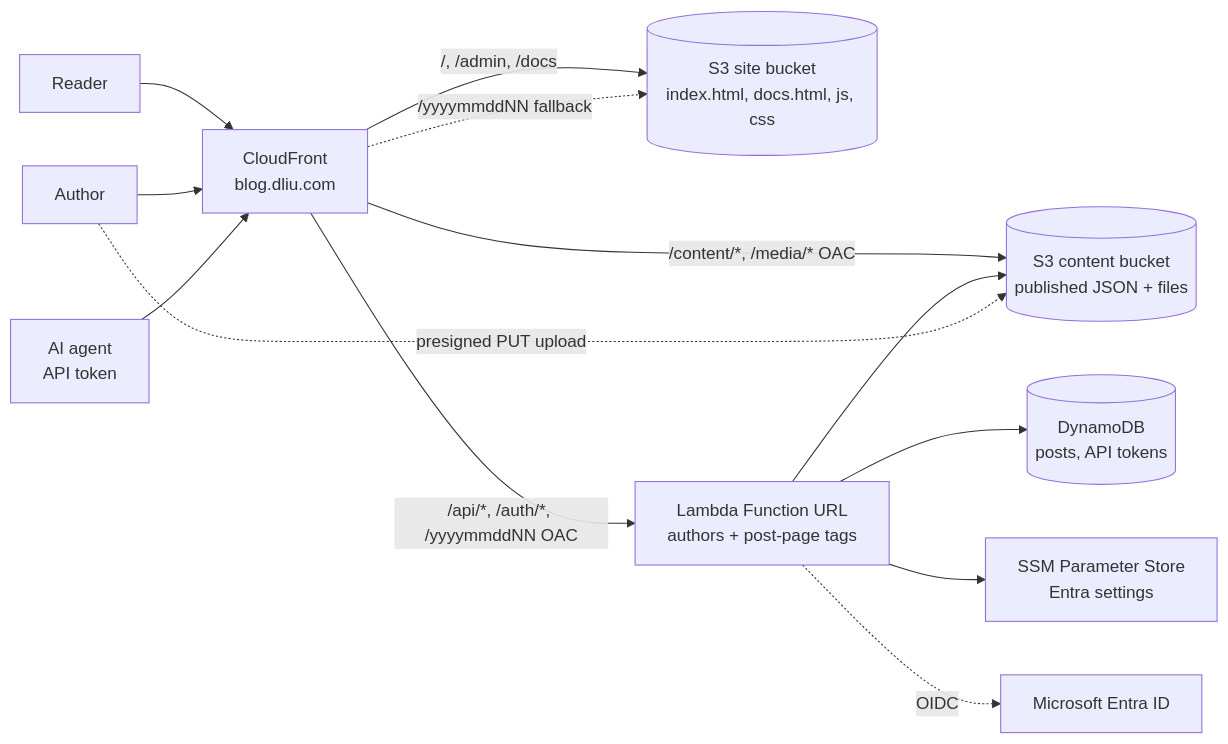
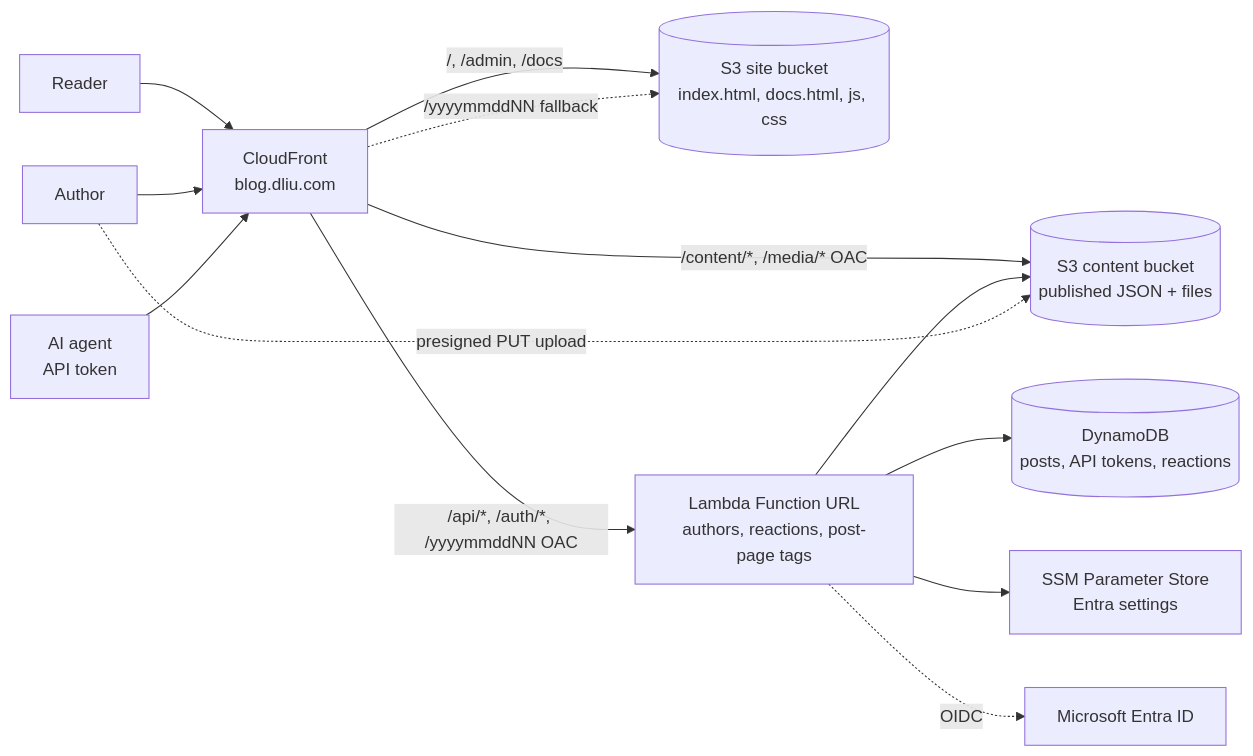
Before and after one commit to dliu-com/blog: the diagram in README.md, drawn with Mermaid. The commit also changed other lines of this file and 13 other files, not shown here.

````diff
--- a/README.md
+++ b/README.md
@@ -14,15 +14,15 @@
 ```mermaid
 flowchart LR
   R[Reader] --> CF[CloudFront<br/>blog.dliu.com]
   A[Author] --> CF
   G[AI agent<br/>API token] --> CF
   CF -->|"/, /admin, /docs"| Site[(S3 site bucket<br/>index.html, docs.html, js, css)]
   CF -->|"/content/*, /media/*" OAC| Content[(S3 content bucket<br/>published JSON + files)]
-  CF -->|"/api/*, /auth/*, /yyyymmddNN" OAC| L[Lambda Function URL<br/>authors + post-page tags]
+  CF -->|"/api/*, /auth/*, /yyyymmddNN" OAC| L[Lambda Function URL<br/>authors, reactions, post-page tags]
   CF -.->|"/yyyymmddNN fallback"| Site
-  L --> DDB[(DynamoDB<br/>posts, API tokens)]
+  L --> DDB[(DynamoDB<br/>posts, API tokens, reactions)]
   L --> Content
   L --> SSM[SSM Parameter Store<br/>Entra settings]
   A -. "presigned PUT upload" .-> Content
   L -. OIDC .-> Entra[Microsoft Entra ID]
 ```
````
